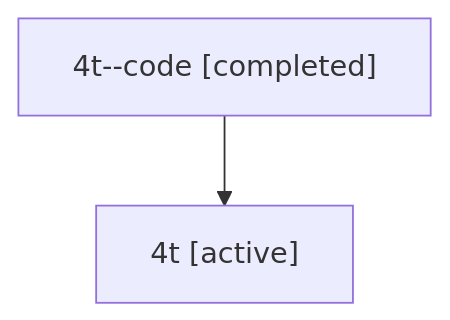
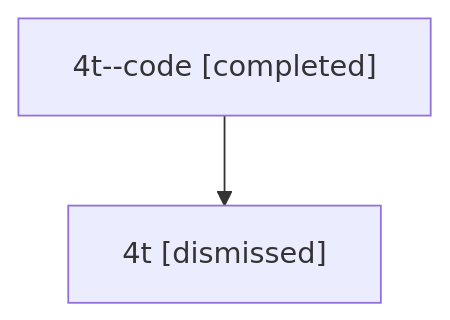
The diagram in sessions/bbugyi200.athena.4t.md (sase-org/sase--agents), drawn with Mermaid before and after one commit. The commit also changed other lines of this file and 6 other files, not shown here.

````diff
--- a/sessions/bbugyi200.athena.4t.md
+++ b/sessions/bbugyi200.athena.4t.md
@@ -9,6 +9,6 @@
 ```mermaid
 flowchart TD
   n0["4t--code [completed]"]
-  n1["4t [active]"]
+  n1["4t [dismissed]"]
   n0 --> n1
 ```
````
